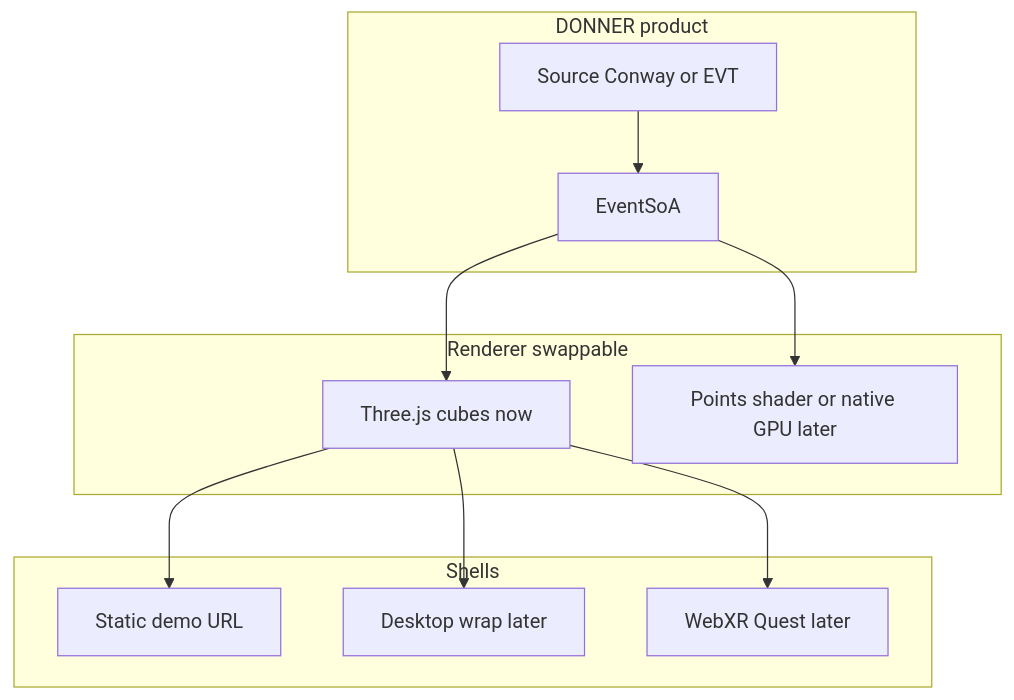
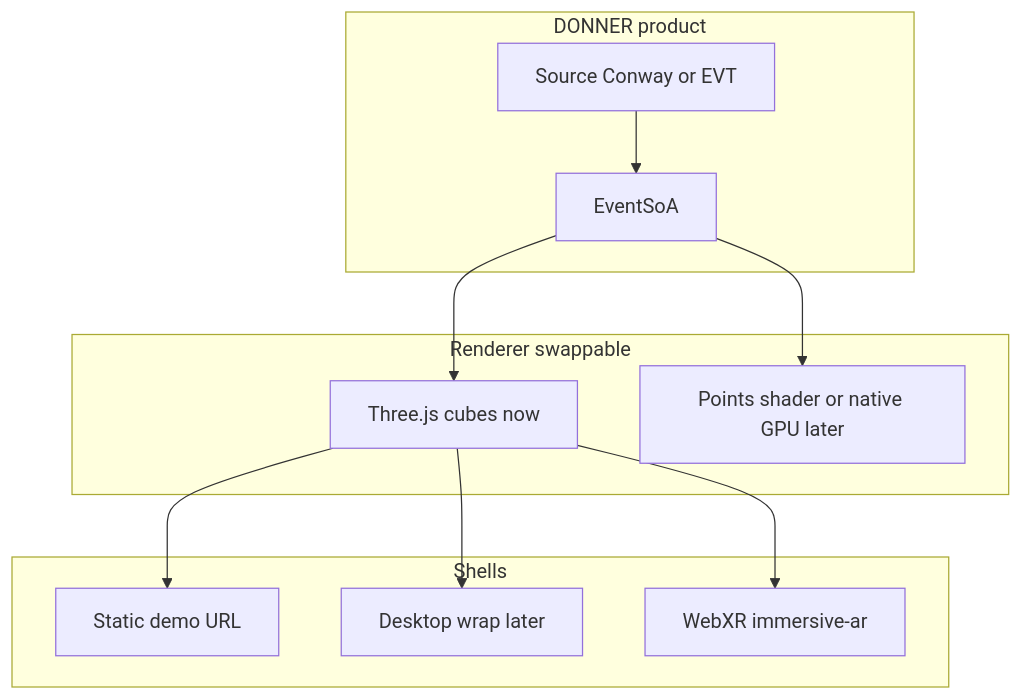
One commit to PiMaV/DONNER changed diagram 22 of 29 in architecture.md. Above: the diagram before and after it, drawn with Mermaid. The commit also changed other lines of this file and 33 other files, not shown here.

````diff
--- a/architecture.md
+++ b/architecture.md
@@ -636,22 +732,22 @@
 ```mermaid
 flowchart TB
   subgraph product [DONNER product]
     src[Source Conway or EVT]
     soa[EventSoA]
   end
   subgraph engine [Renderer swappable]
     three[Three.js cubes now]
     later[Points shader or native GPU later]
   end
   subgraph shells [Shells]
     demo[Static demo URL]
     desk[Desktop wrap later]
-    xr[WebXR Quest later]
+    xr[WebXR immersive-ar]
   end
   src --> soa
   soa --> three
   soa --> later
   three --> demo
   three --> desk
   three --> xr
 ```
````
